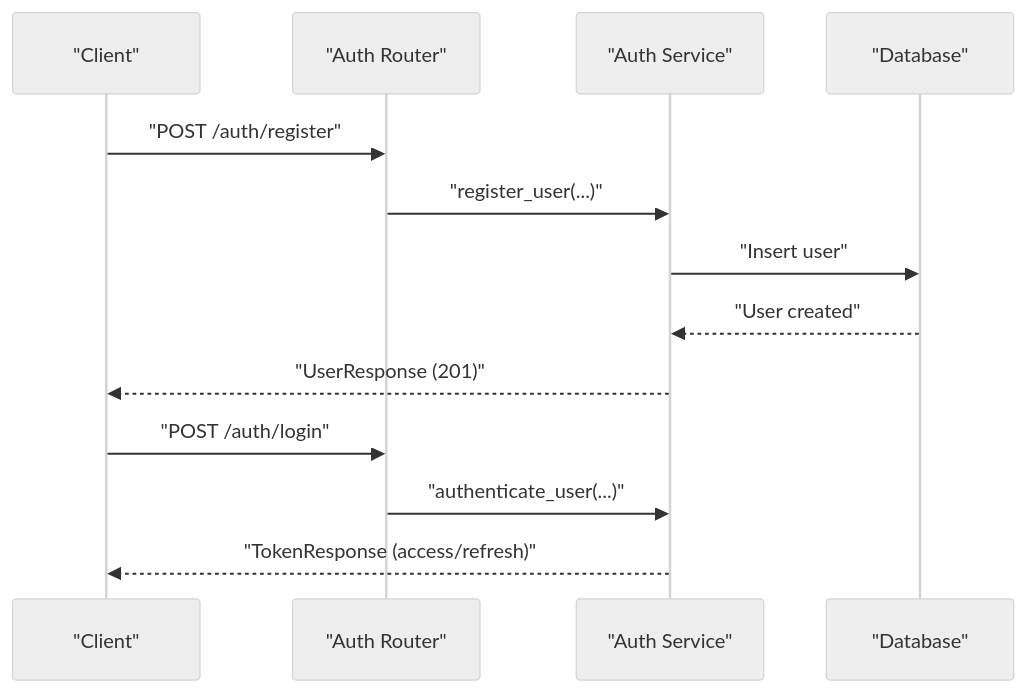
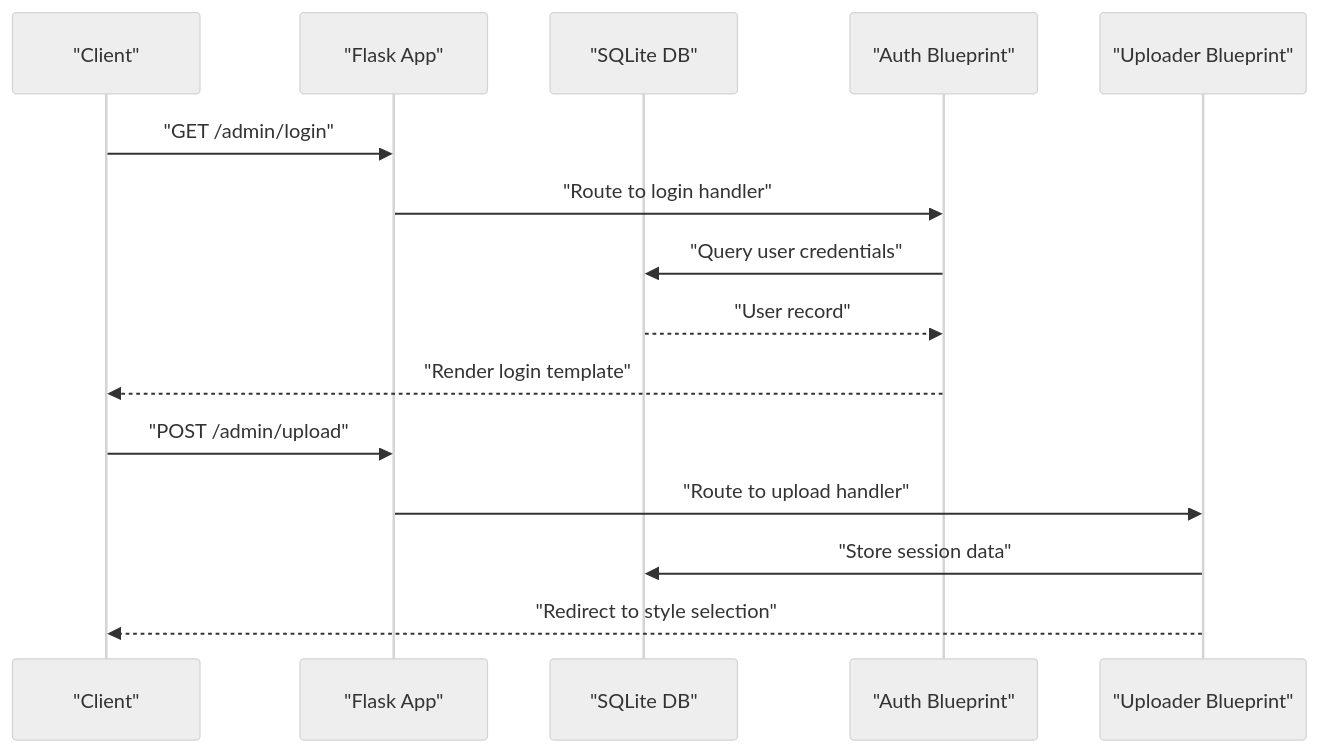
One commit to PolarisW007/PolaZhenJing changed the fourth of 8 diagrams in .qoder/repowiki/en/content/Development Guidelines.md. Above: the diagram before and after it, drawn with Mermaid (neutral theme). The commit also changed other lines of this file and 12 other files, not shown here.

````diff
--- a/.qoder/repowiki/en/content/Development Guidelines.md
+++ b/.qoder/repowiki/en/content/Development Guidelines.md
@@ -189,15 +236,17 @@
 ```mermaid
 sequenceDiagram
 participant Client as "Client"
-participant Auth as "Auth Router"
-participant Service as "Auth Service"
-participant DB as "Database"
-Client->>Auth : "POST /auth/register"
-Auth->>Service : "register_user(...)"
-Service->>DB : "Insert user"
-DB-->>Service : "User created"
-Service-->>Client : "UserResponse (201)"
-Client->>Auth : "POST /auth/login"
-Auth->>Service : "authenticate_user(...)"
-Service-->>Client : "TokenResponse (access/refresh)"
+participant App as "Flask App"
+participant DB as "SQLite DB"
+participant Auth as "Auth Blueprint"
+participant Uploader as "Uploader Blueprint"
+Client->>App : "GET /admin/login"
+App->>Auth : "Route to login handler"
+Auth->>DB : "Query user credentials"
+DB-->>Auth : "User record"
+Auth-->>Client : "Render login template"
+Client->>App : "POST /admin/upload"
+App->>Uploader : "Route to upload handler"
+Uploader->>DB : "Store session data"
+Uploader-->>Client : "Redirect to style selection"
 ```
````
